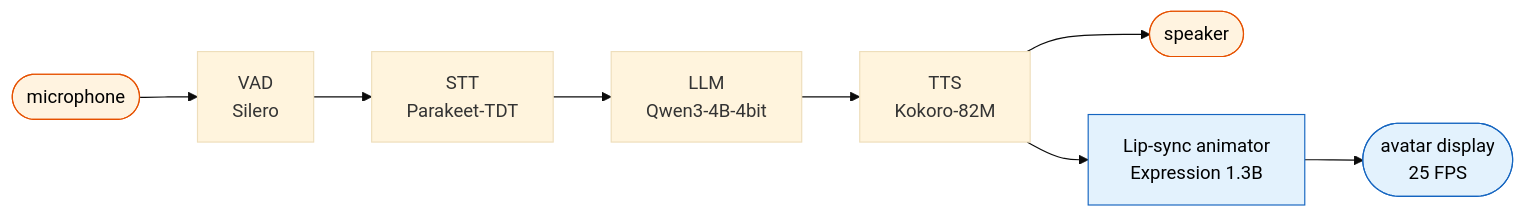
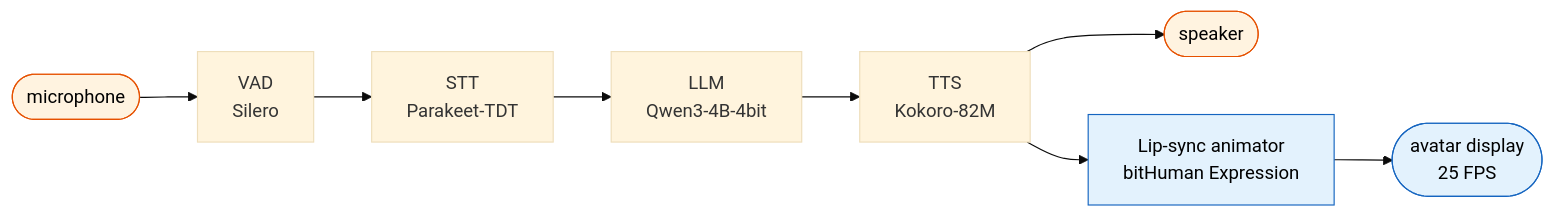
Before and after one commit to bithuman-product/bithuman-examples: the first of 2 diagrams in bithuman-docs/examples/halo-macos.mdx, drawn with Mermaid (base theme). The commit also changed other lines of this file and 12 other files, not shown here.

````diff
--- a/bithuman-docs/examples/halo-macos.mdx
+++ b/bithuman-docs/examples/halo-macos.mdx
@@ -88,15 +88,15 @@
 ```mermaid
 flowchart LR
     mic([microphone]) --> vad[VAD<br/>Silero]
     vad --> stt[STT<br/>Parakeet-TDT]
     stt --> llm[LLM<br/>Qwen3-4B-4bit]
     llm --> tts[TTS<br/>Kokoro-82M]
     tts --> spk([speaker])
-    tts --> anim[Lip-sync animator<br/>Expression 1.3B]
+    tts --> anim[Lip-sync animator<br/>bitHuman Expression]
     anim --> disp([avatar display<br/>25 FPS])
 
     style mic fill:#fff3e0,stroke:#e65100,color:#000
     style spk fill:#fff3e0,stroke:#e65100,color:#000
     style disp fill:#e3f2fd,stroke:#1565c0,color:#000
     style anim fill:#e3f2fd,stroke:#1565c0,color:#000
 ```
````
